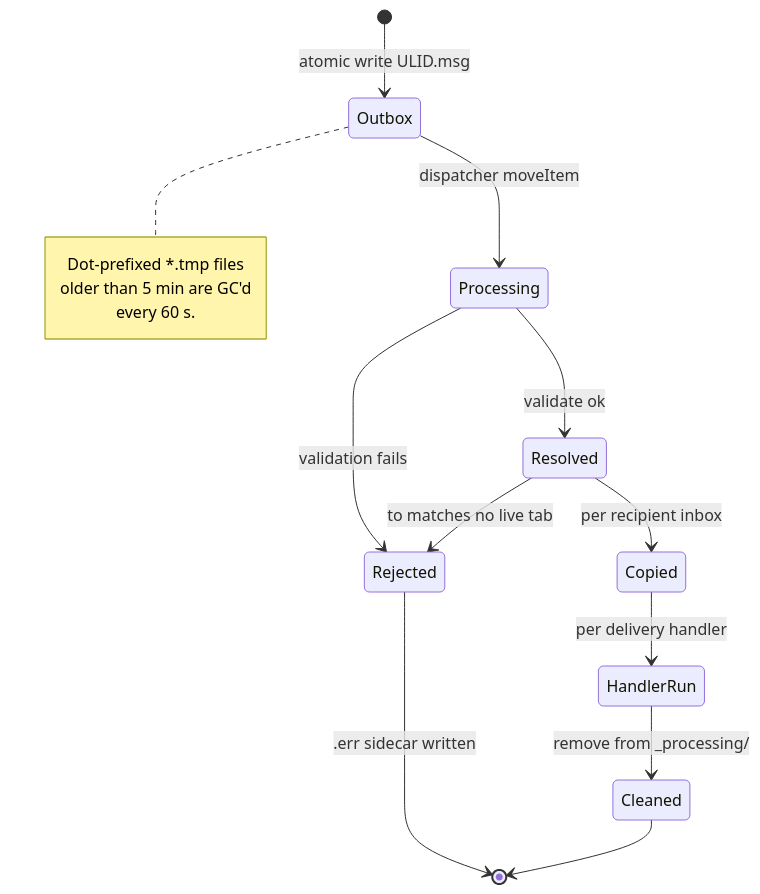
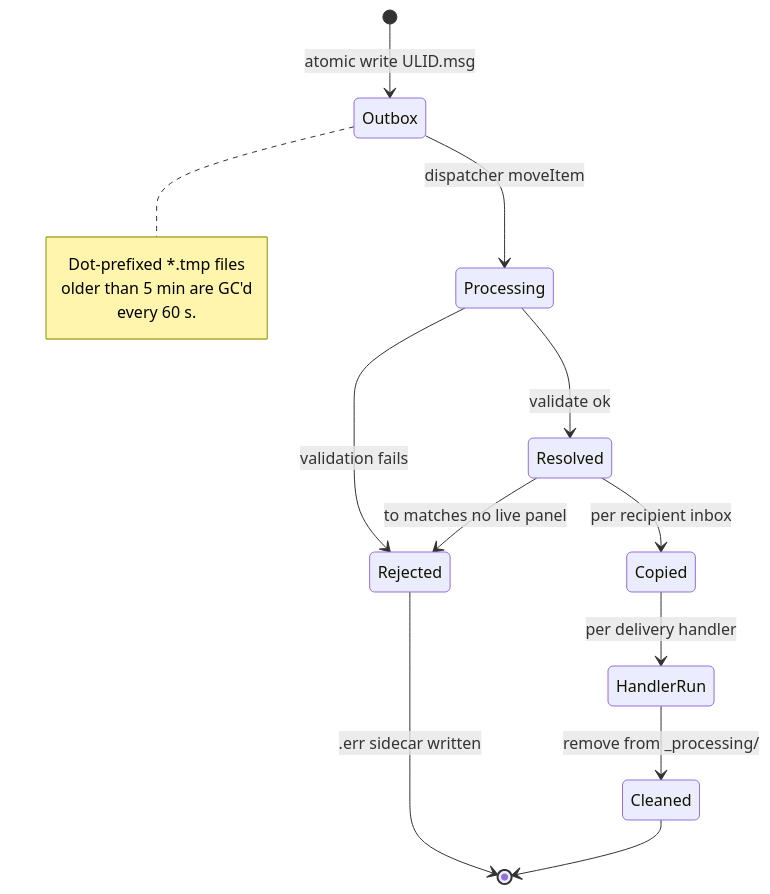
The fourth of 6 diagrams in docs/c11-mailbox-guide.md (Stage-11-Agentics/c11), drawn with Mermaid before and after one commit. The commit also changed other lines of this file and 4 other files, not shown here.

````diff
--- a/docs/c11-mailbox-guide.md
+++ b/docs/c11-mailbox-guide.md
@@ -398,18 +398,18 @@
 ```mermaid
 stateDiagram-v2
     [*] --> Outbox: atomic write ULID.msg
     Outbox --> Processing: dispatcher moveItem
     Processing --> Rejected: validation fails
     Processing --> Resolved: validate ok
-    Resolved --> Rejected: to matches no live tab
+    Resolved --> Rejected: to matches no live panel
     Resolved --> Copied: per recipient inbox
     Copied --> HandlerRun: per delivery handler
     HandlerRun --> Cleaned: remove from _processing/
     Rejected --> [*]: .err sidecar written
     Cleaned --> [*]
     note right of Outbox
         Dot-prefixed *.tmp files
         older than 5 min are GC'd
         every 60 s.
     end note
 ```
````
